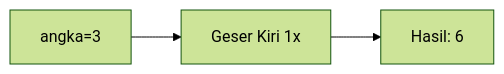
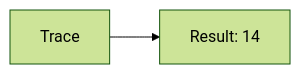
One commit to amnahwaida/OSNK_INF_PREP changed diagram 12 of 25 in part-c-pemahaman-cpp/06-bitwise/latihan/set-08.md. Above: the diagram before and after it, drawn with Mermaid (forest theme). The commit also changed other lines of this file and 71 other files, not shown here.

````diff
--- a/part-c-pemahaman-cpp/06-bitwise/latihan/set-08.md
+++ b/part-c-pemahaman-cpp/06-bitwise/latihan/set-08.md
@@ -377,5 +253,4 @@
 ```mermaid
 graph LR
-A["angka=3"] --> B["Geser Kiri 1x"]
-B --> C["Hasil: 6"]
+A[Trace] --> B[Result: 14]
 ```
````
